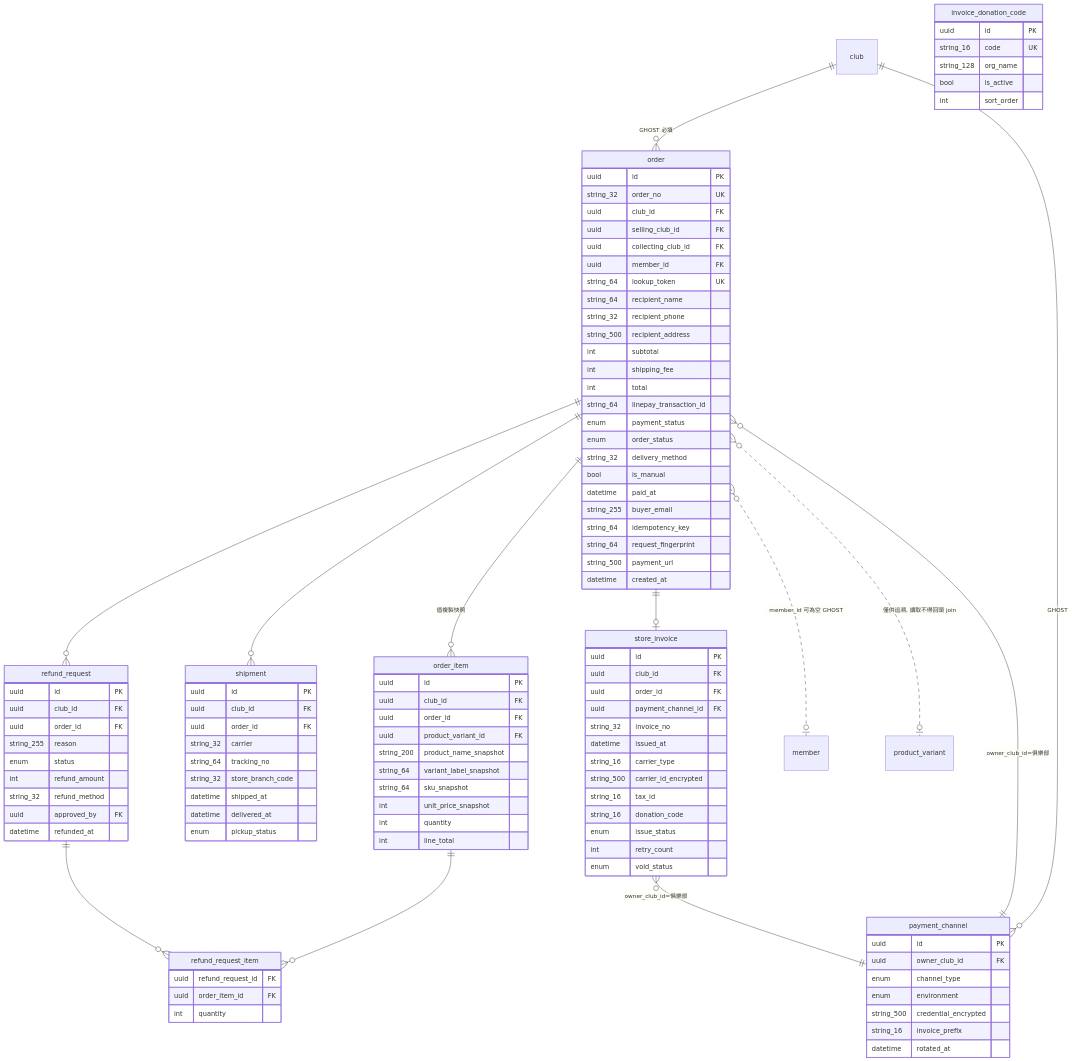
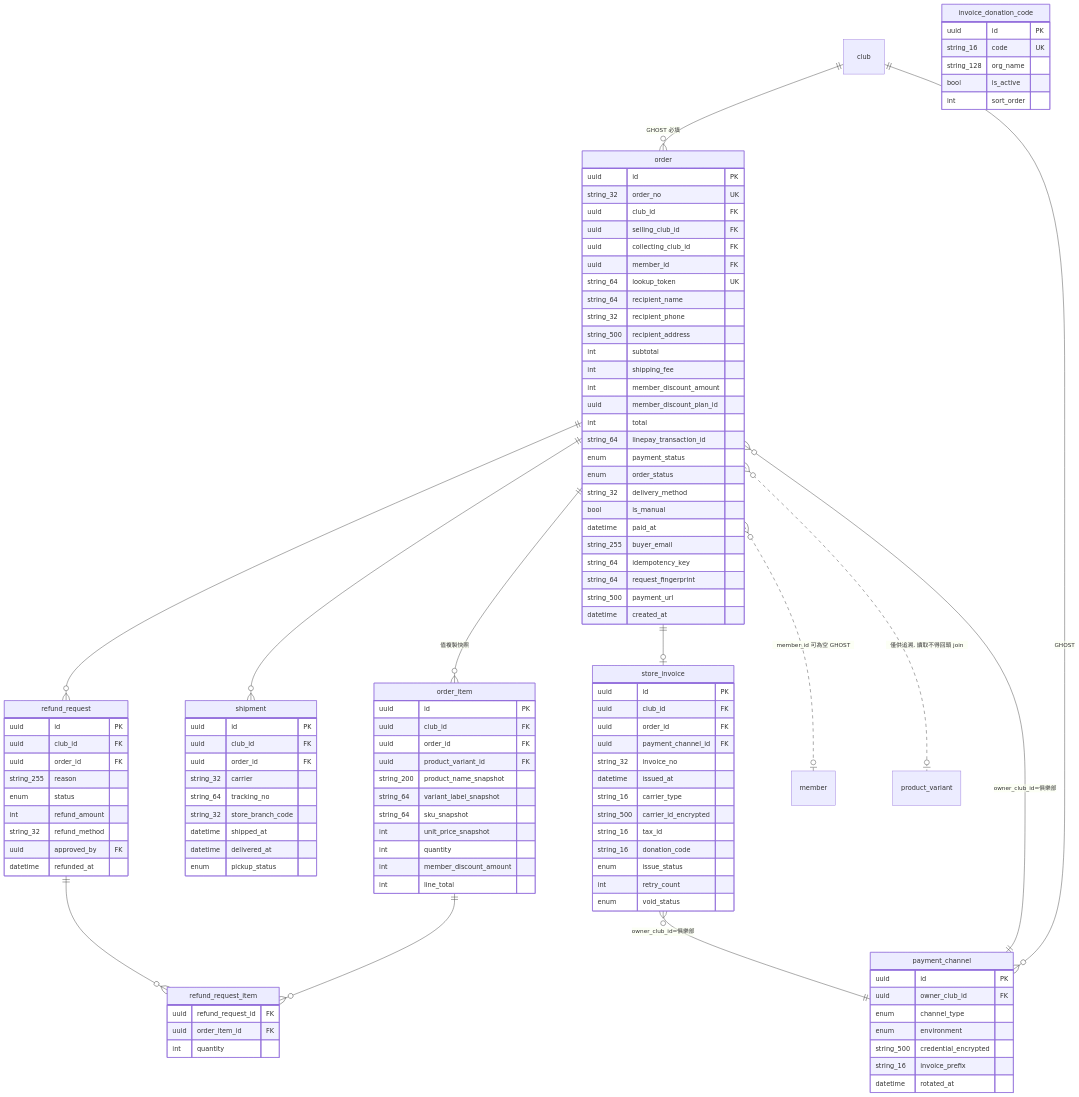
Before and after one commit to waiting0201/tcrfc: diagram 13 of 17 in docs/12a-database-erd.md, drawn with Mermaid. The commit also changed other lines of this file and 274 other files, not shown here.

```diff
--- a/docs/12a-database-erd.md
+++ b/docs/12a-database-erd.md
@@ -1021,6 +1026,8 @@
     string_500 recipient_address
     int subtotal
     int shipping_fee
+    int member_discount_amount
+    uuid member_discount_plan_id
     int total
     string_64 linepay_transaction_id
     enum payment_status
@@ -1044,6 +1051,7 @@
     string_64 sku_snapshot
     int unit_price_snapshot
     int quantity
+    int member_discount_amount
     int line_total
   }
   shipment {
```
